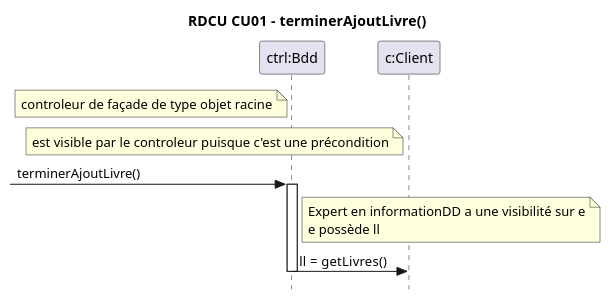
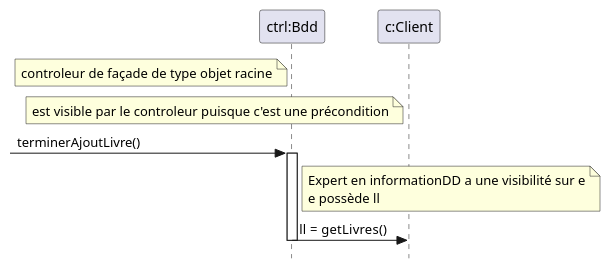
The fifth of 14 diagrams in DCU-CU-MDD-DSS-CON-RDCU-DCC/MDD-DSS-CON-RDCU-DCL-systeme-echange-livre.md (yvanross/LOG210-exercices), drawn with PlantUML before and after one commit. The commit also changed other lines of this file and 50 other files, not shown here.

````diff
--- a/DCU-CU-MDD-DSS-CON-RDCU-DCC/MDD-DSS-CON-RDCU-DCL-systeme-echange-livre.md
+++ b/DCU-CU-MDD-DSS-CON-RDCU-DCC/MDD-DSS-CON-RDCU-DCL-systeme-echange-livre.md
@@ -177,23 +172,22 @@
 ```plantuml
 @startuml
-title RDCU CU01 -  terminerAjoutLivre()
 skinparam style strictuml
 
 participant "ctrl:Bdd" as S
 note left of S: controleur de façade de type objet racine
 
 participant "c:Client" as C
 note left of C: est visible par le controleur puisque c'est une précondition
 
 
  -> S: terminerAjoutLivre()
  activate S
  note right of S: Expert en information\BDD a une visibilité sur e\ne possède ll
 S->C: ll =  getLivres()
 
 
 
  deactivate S
 
 @enduml
 ```
````
